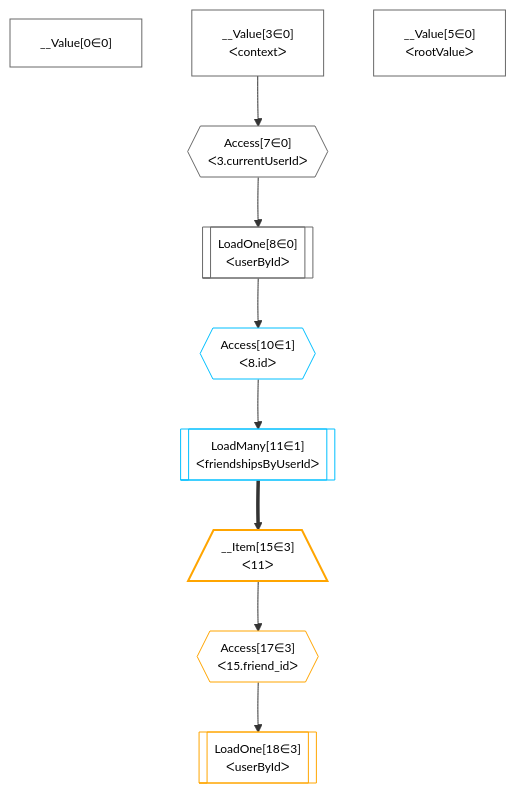
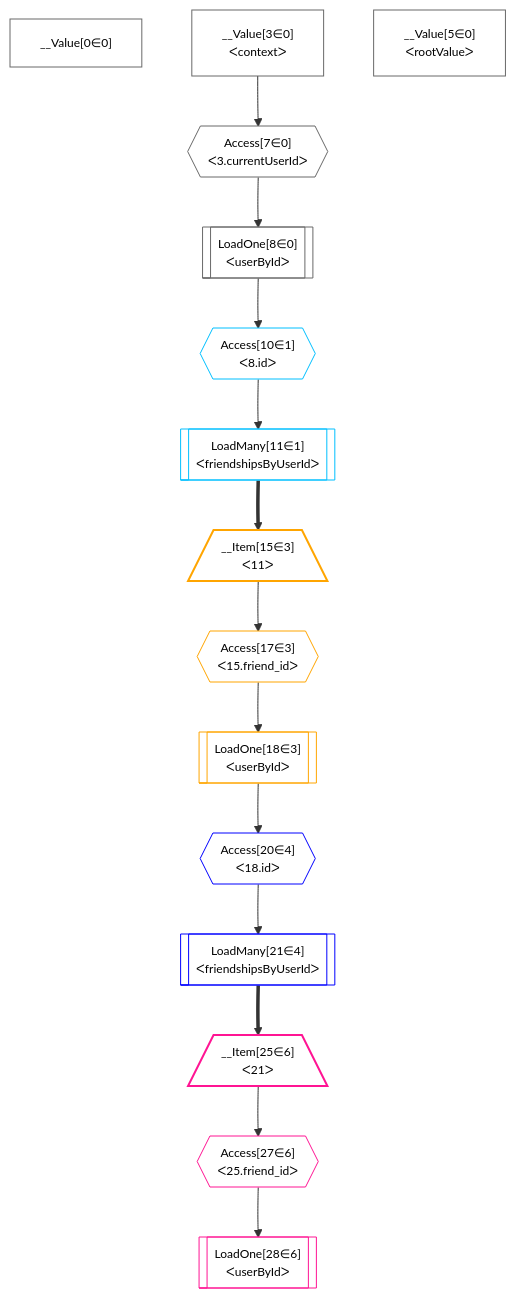
The diagram in grafast/website/examples/users-and-friends/plan.mermaid (graphile/crystal), drawn with Mermaid before and after one commit. The commit also changed 1 other file, not shown here.

```diff
--- a/grafast/website/examples/users-and-friends/plan.mermaid
+++ b/grafast/website/examples/users-and-friends/plan.mermaid
@@ -1,39 +1,53 @@
 %%{init: {'themeVariables': { 'fontSize': '12px'}}}%%
 flowchart TD
     classDef path fill:#eee,stroke:#000,color:#000
     classDef plan fill:#fff,stroke-width:1px,color:#000
     classDef itemplan fill:#fff,stroke-width:2px,color:#000
     classDef unbatchedplan fill:#dff,stroke-width:1px,color:#000
     classDef sideeffectplan fill:#fcc,stroke-width:2px,color:#000
     classDef bucket fill:#f6f6f6,color:#000,stroke-width:2px,text-align:left
 
 
     %% define steps
     __Value0["__Value[0∈0]"]:::plan
     __Value3["__Value[3∈0]<br />ᐸcontextᐳ"]:::plan
     __Value5["__Value[5∈0]<br />ᐸrootValueᐳ"]:::plan
     Access7{{"Access[7∈0]<br />ᐸ3.currentUserIdᐳ"}}:::plan
     LoadOne8[["LoadOne[8∈0]<br />ᐸuserByIdᐳ"]]:::plan
     Access10{{"Access[10∈1]<br />ᐸ8.idᐳ"}}:::plan
     LoadMany11[["LoadMany[11∈1]<br />ᐸfriendshipsByUserIdᐳ"]]:::plan
     __Item15[/"__Item[15∈3]<br />ᐸ11ᐳ"\]:::itemplan
     Access17{{"Access[17∈3]<br />ᐸ15.friend_idᐳ"}}:::plan
     LoadOne18[["LoadOne[18∈3]<br />ᐸuserByIdᐳ"]]:::plan
+    Access20{{"Access[20∈4]<br />ᐸ18.idᐳ"}}:::plan
+    LoadMany21[["LoadMany[21∈4]<br />ᐸfriendshipsByUserIdᐳ"]]:::plan
+    __Item25[/"__Item[25∈6]<br />ᐸ21ᐳ"\]:::itemplan
+    Access27{{"Access[27∈6]<br />ᐸ25.friend_idᐳ"}}:::plan
+    LoadOne28[["LoadOne[28∈6]<br />ᐸuserByIdᐳ"]]:::plan
 
     %% plan dependencies
     __Value3 --> Access7
     Access7 --> LoadOne8
     LoadOne8 --> Access10
     Access10 --> LoadMany11
     LoadMany11 ==> __Item15
     __Item15 --> Access17
     Access17 --> LoadOne18
+    LoadOne18 --> Access20
+    Access20 --> LoadMany21
+    LoadMany21 ==> __Item25
+    __Item25 --> Access27
+    Access27 --> LoadOne28
 
     classDef bucket0 stroke:#696969
     class Bucket0,__Value0,__Value3,__Value5,Access7,LoadOne8 bucket0
     classDef bucket1 stroke:#00bfff
     class Bucket1,Access10,LoadMany11 bucket1
     classDef bucket3 stroke:#ffa500
     class Bucket3,__Item15,Access17,LoadOne18 bucket3
     classDef bucket4 stroke:#0000ff
-    class Bucket4 bucket4
+    class Bucket4,Access20,LoadMany21 bucket4
+    classDef bucket6 stroke:#ff1493
+    class Bucket6,__Item25,Access27,LoadOne28 bucket6
+    classDef bucket7 stroke:#808000
+    class Bucket7 bucket7
```
